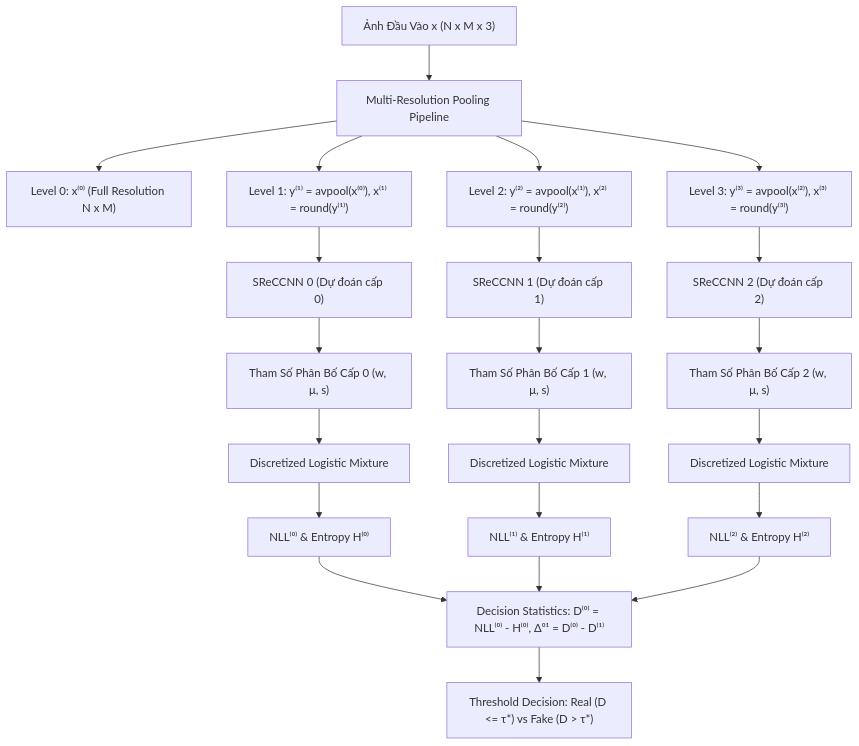
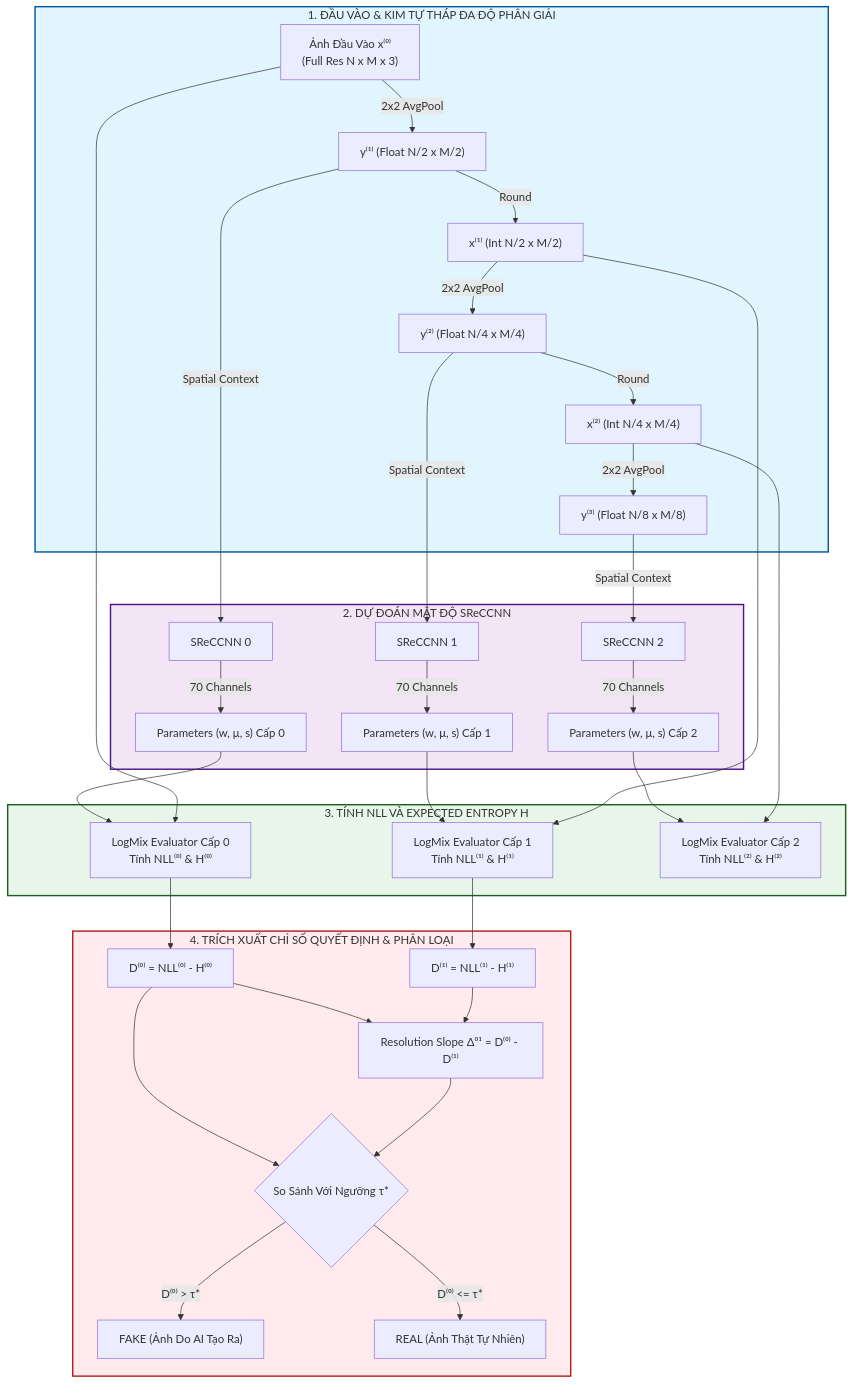
The diagram in STANDARD_ZED_ARCHITECTURE.md (vietanhlee/XLA), drawn with Mermaid before and after one commit. The commit also changed other lines of this file and 7 other files, not shown here.

````diff
--- a/STANDARD_ZED_ARCHITECTURE.md
+++ b/STANDARD_ZED_ARCHITECTURE.md
@@ -71,28 +79,47 @@
 ```mermaid
-graph TD
-    A["Ảnh Đầu Vào x (N x M x 3)"] --> P["Multi-Resolution Pooling Pipeline"]
-    
-    P --> Level0["Level 0: x⁽⁰⁾ (Full Resolution N x M)"]
-    P --> Level1["Level 1: y⁽¹⁾ = avpool(x⁽⁰⁾), x⁽¹⁾ = round(y⁽¹⁾)"]
-    P --> Level2["Level 2: y⁽²⁾ = avpool(x⁽¹⁾), x⁽²⁾ = round(y⁽²⁾)"]
-    P --> Level3["Level 3: y⁽³⁾ = avpool(x⁽²⁾), x⁽³⁾ = round(y⁽³⁾)"]
+flowchart TD
+    subgraph Phase1 ["1. ĐẦU VÀO & KIM TỰ THÁP ĐA ĐỘ PHÂN GIẢI"]
+        X0["Ảnh Đầu Vào x⁽⁰⁾<br/>(Full Res N x M x 3)"]
+        Y1["y⁽¹⁾ (Float N/2 x M/2)"]
+        X1["x⁽¹⁾ (Int N/2 x M/2)"]
+        Y2["y⁽²⁾ (Float N/4 x M/4)"]
+        X2["x⁽²⁾ (Int N/4 x M/4)"]
+        Y3["y⁽³⁾ (Float N/8 x M/8)"]
 
-    Level1 --> CNN0["SReCCNN 0 (Dự đoán cấp 0)"]
-    Level2 --> CNN1["SReCCNN 1 (Dự đoán cấp 1)"]
-    Level3 --> CNN2["SReCCNN 2 (Dự đoán cấp 2)"]
+        X0 -->|2x2 AvgPool| Y1
+        Y1 -->|Round| X1
+        X1 -->|2x2 AvgPool| Y2
+        Y2 -->|Round| X2
+        X2 -->|2x2 AvgPool| Y3
+    end
 
-    CNN0 --> Params0["Tham Số Phân Bố Cấp 0 (w, μ, s)"]
-    CNN1 --> Params1["Tham Số Phân Bố Cấp 1 (w, μ, s)"]
-    CNN2 --> Params2["Tham Số Phân Bố Cấp 2 (w, μ, s)"]
+    subgraph Phase2 ["2. DỰ ĐOÁN MẬT ĐỘ SReCCNN"]
+        Y1 -->|Spatial Context| CNN0["SReCCNN 0"]
+        Y2 -->|Spatial Context| CNN1["SReCCNN 1"]
+        Y3 -->|Spatial Context| CNN2["SReCCNN 2"]
 
-    Params0 --> LogMix0["Discretized Logistic Mixture"]
-    Params1 --> LogMix1["Discretized Logistic Mixture"]
-    Params2 --> LogMix2["Discretized Logistic Mixture"]
+        CNN0 -->|70 Channels| P0["Parameters (w, μ, s) Cấp 0"]
+        CNN1 -->|70 Channels| P1["Parameters (w, μ, s) Cấp 1"]
+        CNN2 -->|70 Channels| P2["Parameters (w, μ, s) Cấp 2"]
+    end
 
-    LogMix0 --> Eval0["NLL⁽⁰⁾ & Entropy H⁽⁰⁾"]
-    LogMix1 --> Eval1["NLL⁽¹⁾ & Entropy H⁽¹⁾"]
-    LogMix2 --> Eval2["NLL⁽²⁾ & Entropy H⁽²⁾"]
+    subgraph Phase3 ["3. TÍNH NLL VÀ EXPECTED ENTROPY H"]
+        P0 & X0 --> Eval0["LogMix Evaluator Cấp 0<br/>Tính NLL⁽⁰⁾ & H⁽⁰⁾"]
+        P1 & X1 --> Eval1["LogMix Evaluator Cấp 1<br/>Tính NLL⁽¹⁾ & H⁽¹⁾"]
+        P2 & X2 --> Eval2["LogMix Evaluator Cấp 2<br/>Tính NLL⁽²⁾ & H⁽²⁾"]
+    end
 
-    Eval0 & Eval1 & Eval2 --> Stat["Decision Statistics: D⁽⁰⁾ = NLL⁽⁰⁾ - H⁽⁰⁾, Δ⁰¹ = D⁽⁰⁾ - D⁽¹⁾"]
-    Stat --> Decision["Threshold Decision: Real (D <= τ*) vs Fake (D > τ*)"]
+    subgraph Phase4 ["4. TRÍCH XUẤT CHỈ SỐ QUYẾT ĐỊNH & PHÂN LOẠI"]
+        Eval0 --> D0["D⁽⁰⁾ = NLL⁽⁰⁾ - H⁽⁰⁾"]
+        Eval1 --> D1["D⁽¹⁾ = NLL⁽¹⁾ - H⁽¹⁾"]
+        D0 & D1 --> Slope["Resolution Slope Δ⁰¹ = D⁽⁰⁾ - D⁽¹⁾"]
+        D0 & Slope --> Decision{"So Sánh Với Ngưỡng τ*"}
+        Decision -->|D⁽⁰⁾ > τ*| Fake["FAKE (Ảnh Do AI Tạo Ra)"]
+        Decision -->|D⁽⁰⁾ <= τ*| Real["REAL (Ảnh Thật Tự Nhiên)"]
+    end
+
+    style Phase1 fill:#e1f5fe,stroke:#01579b,stroke-width:2px
+    style Phase2 fill:#f3e5f5,stroke:#4a148c,stroke-width:2px
+    style Phase3 fill:#e8f5e9,stroke:#1b5e20,stroke-width:2px
+    style Phase4 fill:#ffebee,stroke:#b71c1c,stroke-width:2px
 ```
````
